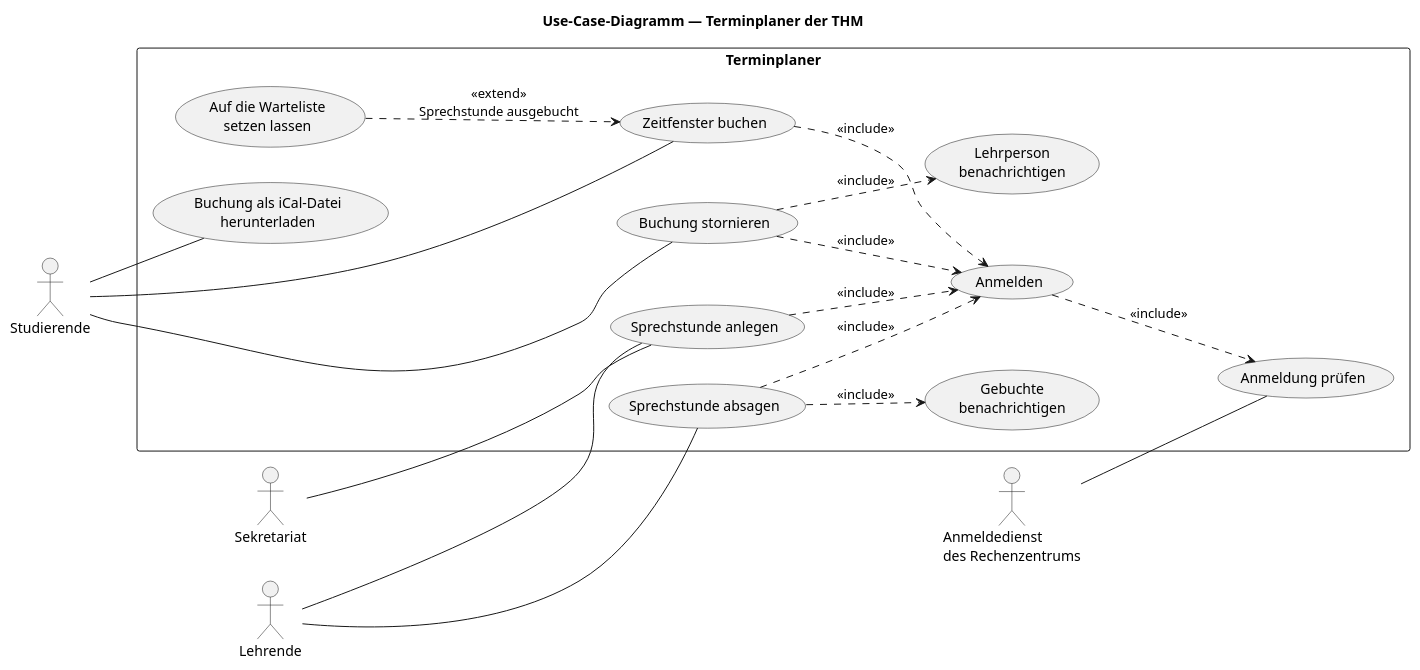
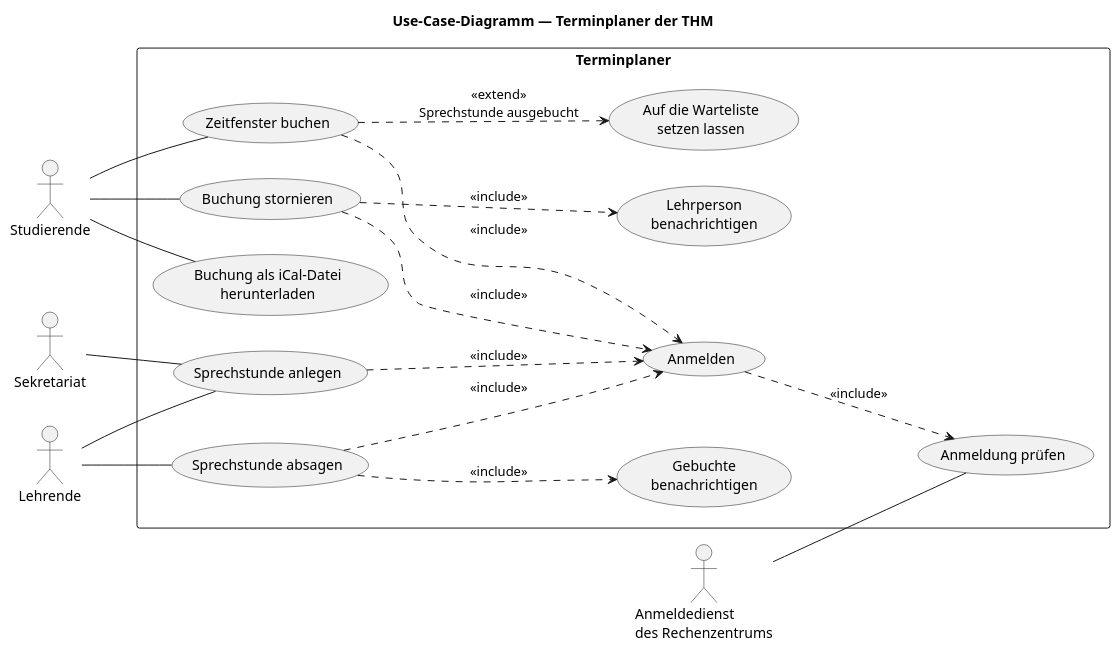
Before and after one commit to carstenlucke/thm_wk-1208_softwaretechnik-uebungen: the diagram in ue06/pauldamm4-arch/usecase.puml, drawn with PlantUML. The commit also changed 3 other files, not shown here.

Commit message:
Aktivitätsdiagramm für pauldamm4-arch anlegen

```diff
--- a/ue06/pauldamm4-arch/usecase.puml
+++ b/ue06/pauldamm4-arch/usecase.puml
@@ -1,58 +1,58 @@
 @startuml usecase-terminplaner
 ' Aufgabe 1 — Use-Case-Diagramm des Terminplaners
 ' Grundlage: ue06/fall.md, Beschreibung 1 — Was der Terminplaner leistet
 
 title Use-Case-Diagramm — Terminplaner der THM
 
 left to right direction
 skinparam packageStyle rectangle
 
 actor "Studierende" as Studierende
 actor "Lehrende" as Lehrende
 actor "Sekretariat" as Sekretariat
 
 actor "Anmeldedienst\ndes Rechenzentrums" as Anmeldedienst
 
 rectangle "Terminplaner" {
 
   usecase "Sprechstunde anlegen" as UC_Anlegen
   usecase "Sprechstunde absagen" as UC_Absagen
 
   usecase "Zeitfenster buchen" as UC_Buchen
   usecase "Auf die Warteliste\nsetzen lassen" as UC_Warteliste
   usecase "Buchung stornieren" as UC_Stornieren
   usecase "Buchung als iCal-Datei\nherunterladen" as UC_ICal
 
   usecase "Anmelden" as UC_Anmelden
   usecase "Anmeldung prüfen" as UC_Pruefen
 
   usecase "Gebuchte\nbenachrichtigen" as UC_Benachrichtigen
   usecase "Lehrperson\nbenachrichtigen" as UC_BenachrichtigenLehrperson
 }
 
 ' --- Akteure und ihre Use Cases -------------------------------------------
 Studierende -- UC_Buchen
 Studierende -- UC_Stornieren
 Studierende -- UC_ICal
 
 Lehrende -- UC_Anlegen
 Lehrende -- UC_Absagen
 
 Sekretariat -- UC_Anlegen
 
 Anmeldedienst -- UC_Pruefen
 
 ' --- Beziehungen zwischen den Use Cases ----------------------------------
-UC_Warteliste ..> UC_Buchen : <<extend>>\nSprechstunde ausgebucht
+UC_Buchen ..> UC_Warteliste : <<extend>>\nSprechstunde ausgebucht
 
 UC_Buchen ..> UC_Anmelden : <<include>>
 UC_Stornieren ..> UC_Anmelden : <<include>>
 UC_Anlegen ..> UC_Anmelden : <<include>>
 UC_Absagen ..> UC_Anmelden : <<include>>
 
 UC_Anmelden ..> UC_Pruefen : <<include>>
 
 UC_Absagen ..> UC_Benachrichtigen : <<include>>
 UC_Stornieren ..> UC_BenachrichtigenLehrperson : <<include>>
 
 @enduml
```
